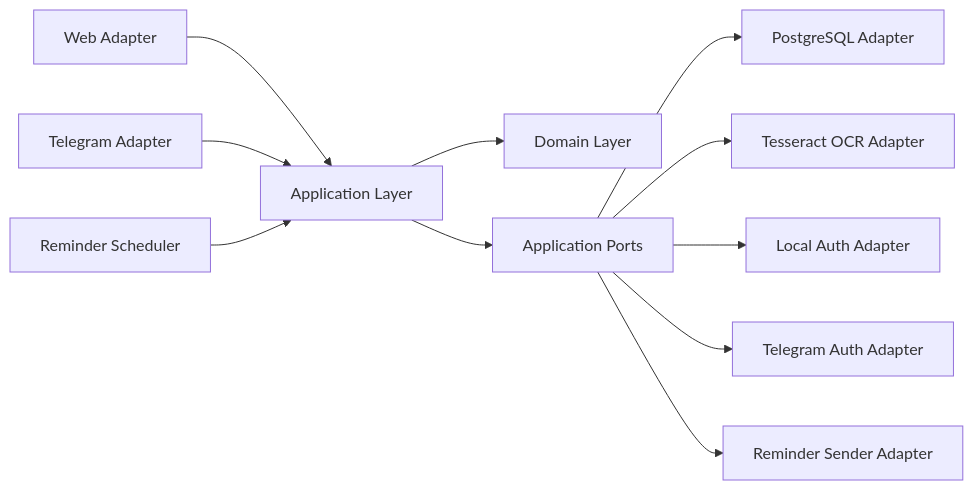
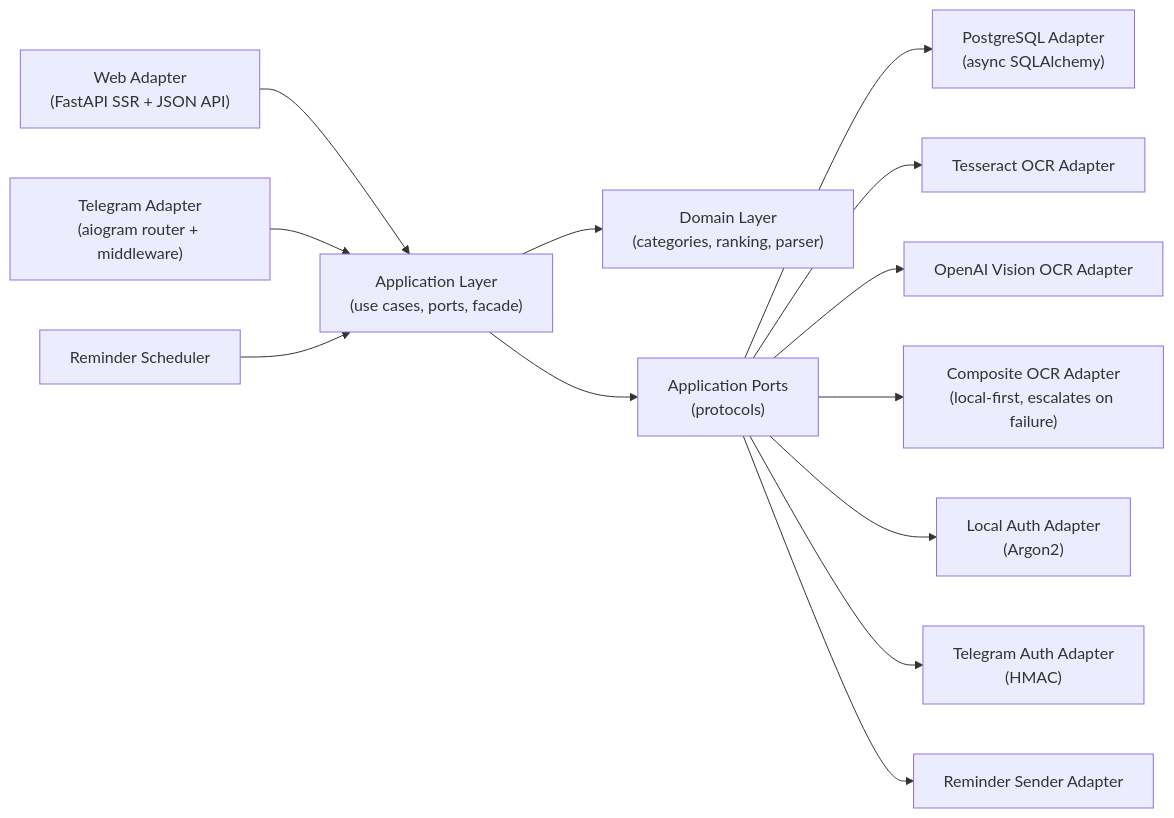
Before and after one commit to kuznetzdev/cashback_bot: the first of 4 diagrams in docs/ARCHITECTURE.md, drawn with Mermaid. The commit also changed other lines of this file and 7 other files, not shown here.

First line of the commit message:
docs: comprehensive rewrite — README, architecture, ops, configuration

````diff
--- a/docs/ARCHITECTURE.md
+++ b/docs/ARCHITECTURE.md
@@ -13,13 +24,15 @@
 ```mermaid
 flowchart LR
-    WEB["Web Adapter"] --> APP["Application Layer"]
-    TG["Telegram Adapter"] --> APP
+    WEB["Web Adapter<br/>(FastAPI SSR + JSON API)"] --> APP["Application Layer<br/>(use cases, ports, facade)"]
+    TG["Telegram Adapter<br/>(aiogram router + middleware)"] --> APP
     SCHED["Reminder Scheduler"] --> APP
-    APP --> DOM["Domain Layer"]
-    APP --> PORTS["Application Ports"]
-    PORTS --> PG["PostgreSQL Adapter"]
-    PORTS --> OCR["Tesseract OCR Adapter"]
-    PORTS --> AUTHL["Local Auth Adapter"]
-    PORTS --> AUTHT["Telegram Auth Adapter"]
+    APP --> DOM["Domain Layer<br/>(categories, ranking, parser)"]
+    APP --> PORTS["Application Ports<br/>(protocols)"]
+    PORTS --> PG["PostgreSQL Adapter<br/>(async SQLAlchemy)"]
+    PORTS --> OCR_T["Tesseract OCR Adapter"]
+    PORTS --> OCR_O["OpenAI Vision OCR Adapter"]
+    PORTS --> OCR_C["Composite OCR Adapter<br/>(local-first, escalates on failure)"]
+    PORTS --> AUTHL["Local Auth Adapter<br/>(Argon2)"]
+    PORTS --> AUTHT["Telegram Auth Adapter<br/>(HMAC)"]
     PORTS --> REM["Reminder Sender Adapter"]
 ```
````
